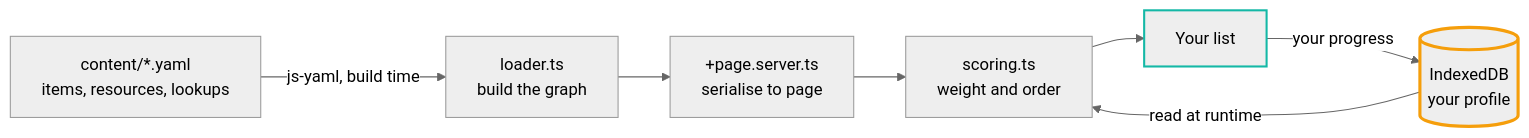
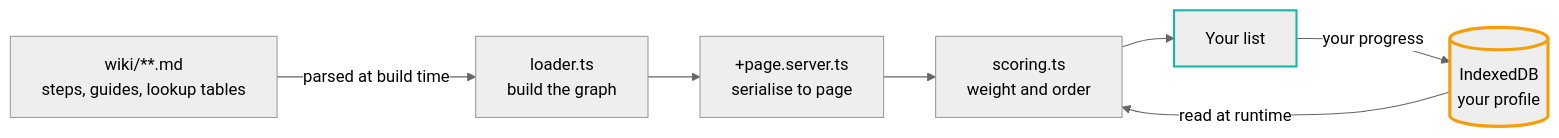
The third of 3 diagrams in README.md (KashishOO7/spectra), drawn with Mermaid (neutral theme) before and after one commit. The commit also changed other lines of this file and 51 other files, not shown here.

````diff
--- a/README.md
+++ b/README.md
@@ -163,16 +164,16 @@
 ```mermaid
 flowchart LR
-    Y["content/*.yaml<br/>items, resources, lookups"]
+    Y["wiki/**.md<br/>steps, guides, lookup tables"]
     L["loader.ts<br/>build the graph"]
     S["+page.server.ts<br/>serialise to page"]
     E["scoring.ts<br/>weight and order"]
     DB[("IndexedDB<br/>your profile")]
     UI["Your list"]
 
-    Y -->|"js-yaml, build time"| L --> S --> E --> UI
+    Y -->|"parsed at build time"| L --> S --> E --> UI
     DB -->|"read at runtime"| E
     UI -->|"your progress"| DB
 
     style DB stroke:#f59e0b,stroke-width:3px
     style UI stroke:#14b8a6,stroke-width:2px
 ```
````
